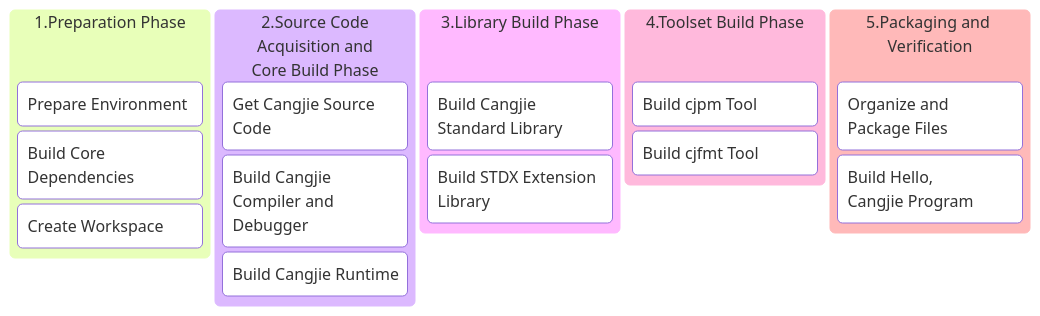
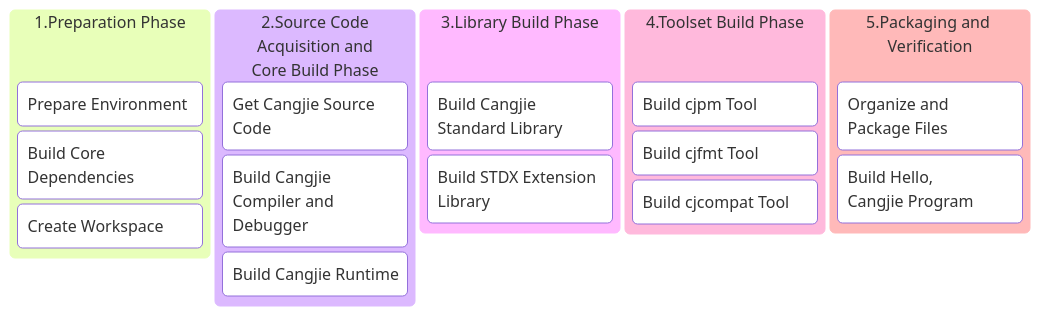
One commit to causerp/cangjie_build changed the diagram in doc_en/linux_cross_ohos.md. Above: the diagram before and after it, drawn with Mermaid. The commit also changed other lines of this file and 21 other files, not shown here.

Commit message:
docs: add cjcompat tool build steps to build documentation

````diff
--- a/doc_en/linux_cross_ohos.md
+++ b/doc_en/linux_cross_ohos.md
@@ -9,20 +9,21 @@
 ```mermaid
 kanban
   1.Preparation Phase
     A[Prepare Environment]
     B[Build Core Dependencies]
     C[Create Workspace]
   2.Source Code<br>Acquisition and<br>Core Build Phase
     D[Get Cangjie Source Code]
     E[Build Cangjie<br>Compiler and<br>Debugger]
     F[Build Cangjie Runtime]
   3.Library Build Phase
     G[Build Cangjie Standard Library]
     H[Build STDX Extension Library]
   4.Toolset Build Phase
     I[Build cjpm Tool]
     J[Build cjfmt Tool]
+    K[Build cjcompat Tool]
   5.Packaging and Verification
-    K[Organize and<br>Package Files]
-    L[Build Hello,<br>Cangjie Program]
+    L[Organize and<br>Package Files]
+    M[Build Hello,<br>Cangjie Program]
 ```
````
